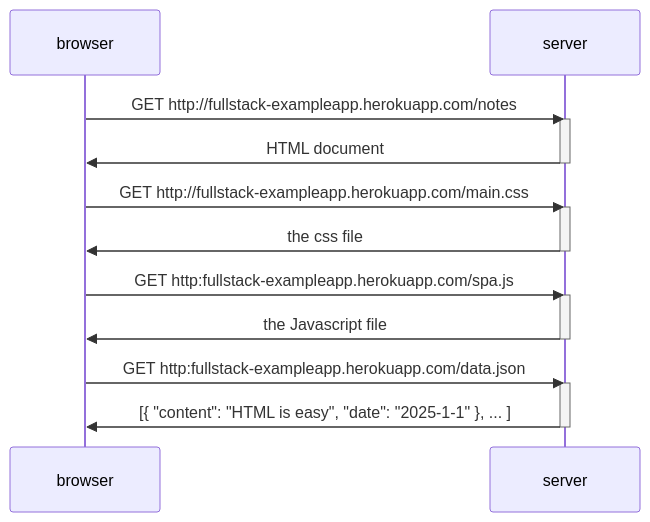
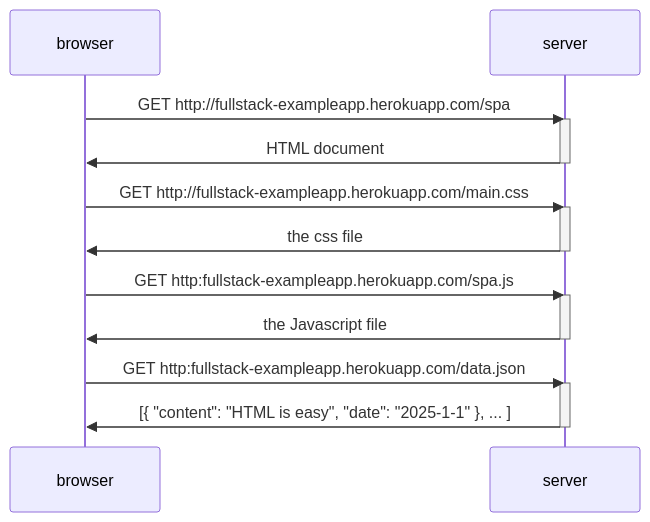
Before and after one commit to sharifhashim/FullStackOpen: the diagram in part_05.md, drawn with Mermaid.

Commit message:
correct get request

````diff
--- a/part_05.md
+++ b/part_05.md
@@ -3,25 +3,25 @@
 ```mermaid
 sequenceDiagram
     participant browser
     participant server
 
-    browser->>server: GET http://fullstack-exampleapp.herokuapp.com/notes
+    browser->>server: GET http://fullstack-exampleapp.herokuapp.com/spa
     activate server
     server->>browser: HTML document
     deactivate server
 
     browser->>server: GET http://fullstack-exampleapp.herokuapp.com/main.css
     activate server
     server->>browser: the css file
     deactivate server
 
     browser->>server: GET http:fullstack-exampleapp.herokuapp.com/spa.js
     activate server
     server->>browser: the Javascript file
     deactivate server
 
     browser->>server: GET http:fullstack-exampleapp.herokuapp.com/data.json
     activate server
     server->>browser: [{ "content": "HTML is easy", "date": "2025-1-1" }, ... ]
     deactivate server
 ```
````
